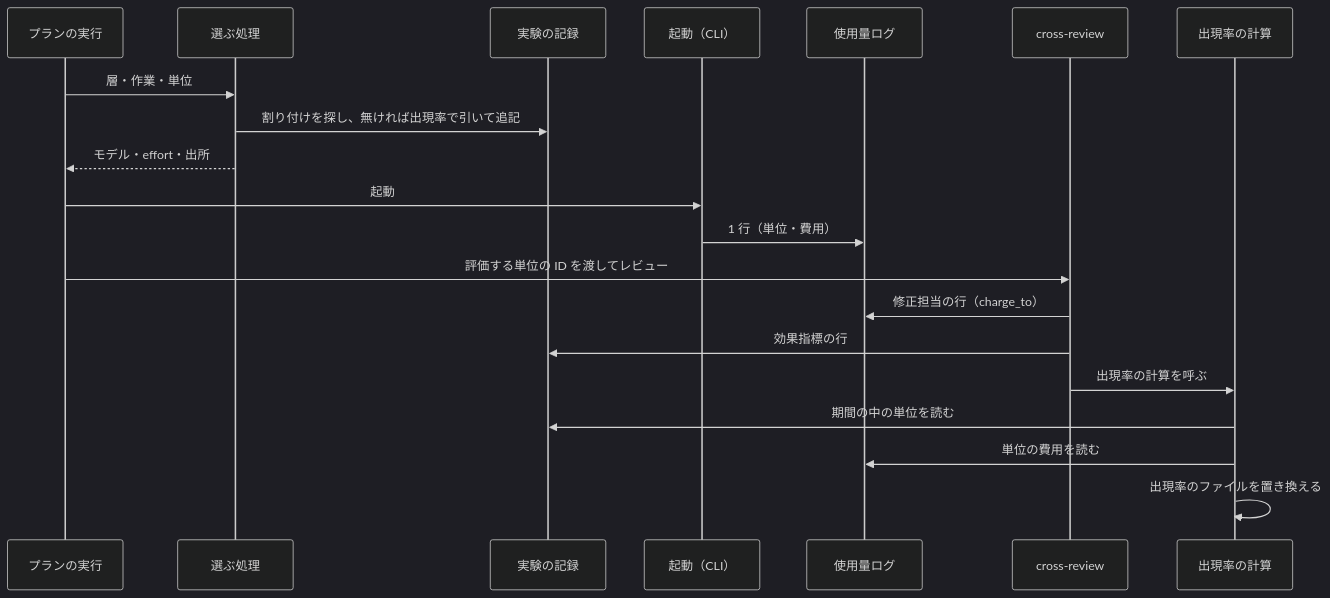
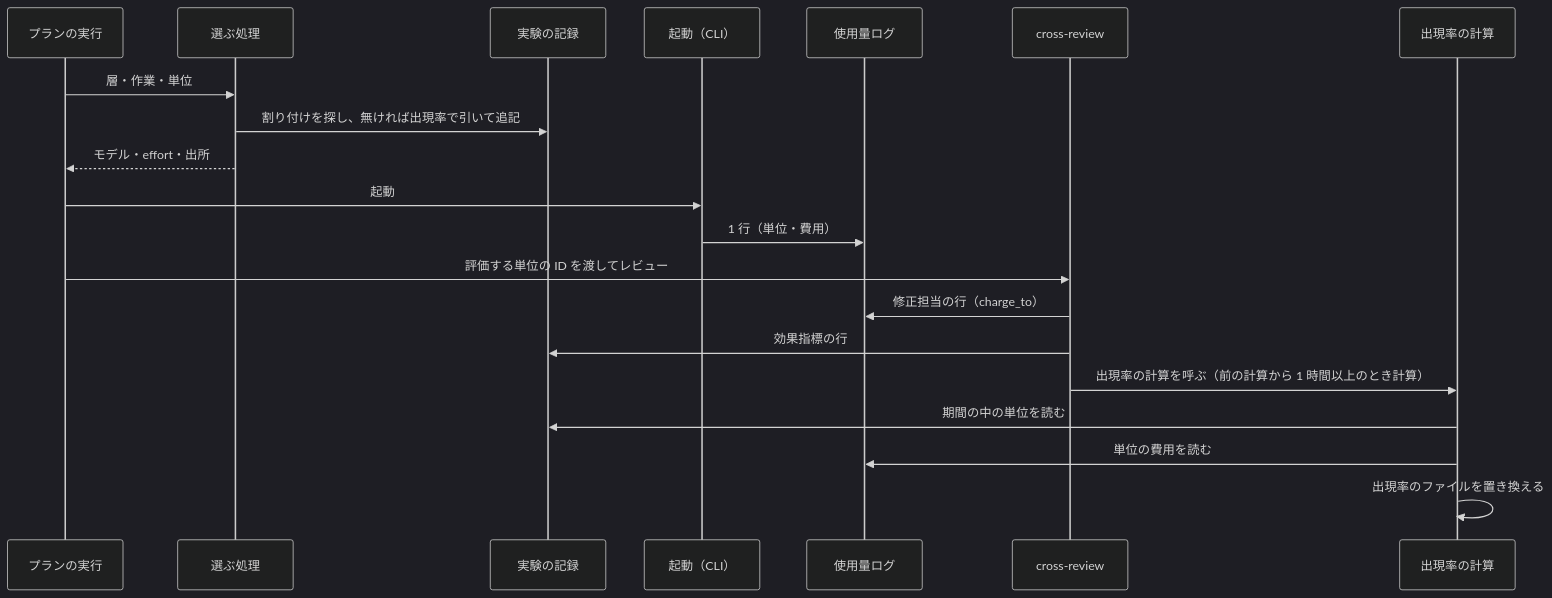
One commit to devbasex/ai-plugins changed the fifth of 5 diagrams in issues/issue-2944-design.md. Above: the diagram before and after it, drawn with Mermaid (dark theme). The commit also changed other lines of this file and 1 other file, not shown here.

````diff
--- a/issues/issue-2944-design.md
+++ b/issues/issue-2944-design.md
@@ -428,22 +505,22 @@
 ```mermaid
 sequenceDiagram
     participant R as プランの実行
     participant S as 選ぶ処理
     participant X as 実験の記録
     participant C as 起動（CLI）
     participant U as 使用量ログ
     participant V as cross-review
     participant B as 出現率の計算
     R->>S: 層・作業・単位
     S->>X: 割り付けを探し、無ければ出現率で引いて追記
     S-->>R: モデル・effort・出所
     R->>C: 起動
     C->>U: 1 行（単位・費用）
     R->>V: 評価する単位の ID を渡してレビュー
     V->>U: 修正担当の行（charge_to）
     V->>X: 効果指標の行
-    V->>B: 出現率の計算を呼ぶ
+    V->>B: 出現率の計算を呼ぶ（前の計算から 1 時間以上のとき計算）
     B->>X: 期間の中の単位を読む
     B->>U: 単位の費用を読む
     B->>B: 出現率のファイルを置き換える
 ```
````
